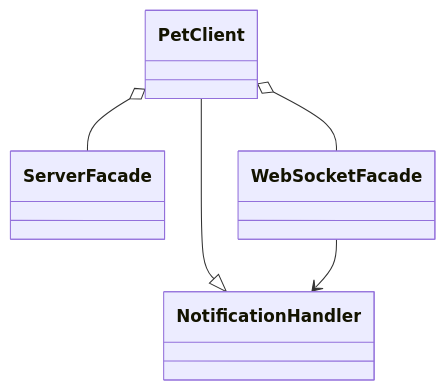
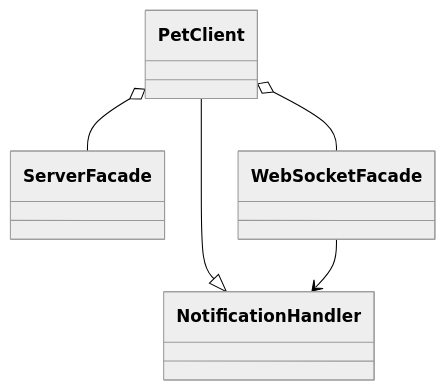
The first of 3 diagrams in petshop/petshop.md (softwareconstruction240/softwareconstruction), drawn with Mermaid before and after one commit. The commit also changed other lines of this file and 153 other files, not shown here.

````diff
--- a/petshop/petshop.md
+++ b/petshop/petshop.md
@@ -51,7 +51,9 @@
 ```mermaid
+%%{init: { 'theme': 'neutral', 'themeVariables': { 'lineColor': '#000000', 'primaryTextColor': '#000000', 'actorBorder': '#000000', 'participantBorder': '#000000', 'noteBorderColor': '#000000' } }}%%
+
 classDiagram
     PetClient--|> NotificationHandler
     PetClient o-- ServerFacade
     PetClient o-- WebSocketFacade
     WebSocketFacade-->NotificationHandler
 ```
````
